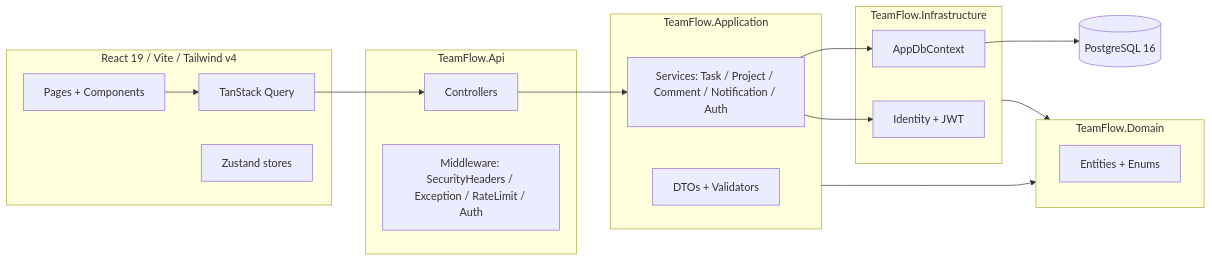
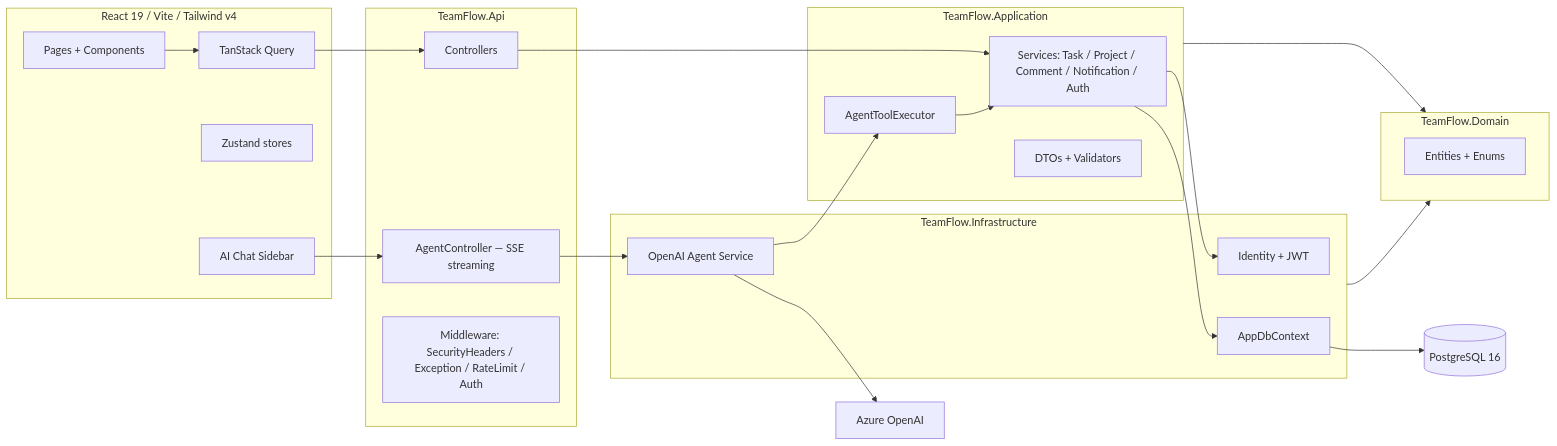
One commit to Mustazico/TeamFlow changed the diagram in README.md. Above: the diagram before and after it, drawn with Mermaid. The commit also changed other lines of this file and 18 other files, not shown here.

First line of the commit message:
feat: implement agent sidebar and chat functionality

````diff
--- a/README.md
+++ b/README.md
@@ -45,35 +46,42 @@
 ```mermaid
 flowchart LR
     subgraph Client [React 19 / Vite / Tailwind v4]
         UI[Pages + Components]
         Q[TanStack Query]
         S[Zustand stores]
+        AI[AI Chat Sidebar]
     end
 
     subgraph Api [TeamFlow.Api]
         Ctl[Controllers]
+        AGT[AgentController — SSE streaming]
         MW[Middleware: SecurityHeaders / Exception / RateLimit / Auth]
     end
 
     subgraph App [TeamFlow.Application]
         SVC[Services: Task / Project / Comment / Notification / Auth]
+        ATE[AgentToolExecutor]
         DTO[DTOs + Validators]
     end
 
     subgraph Infra [TeamFlow.Infrastructure]
         EF[AppDbContext]
         ID[Identity + JWT]
+        OAI[OpenAI Agent Service]
     end
 
     subgraph Domain [TeamFlow.Domain]
         ENT[Entities + Enums]
     end
 
     PG[(PostgreSQL 16)]
+    AZ[Azure OpenAI]
 
     UI --> Q --> Ctl
+    AI --> AGT --> OAI --> AZ
+    OAI --> ATE --> SVC
     Ctl --> SVC --> EF --> PG
     SVC --> ID
     App --> Domain
     Infra --> Domain
 ```
````
